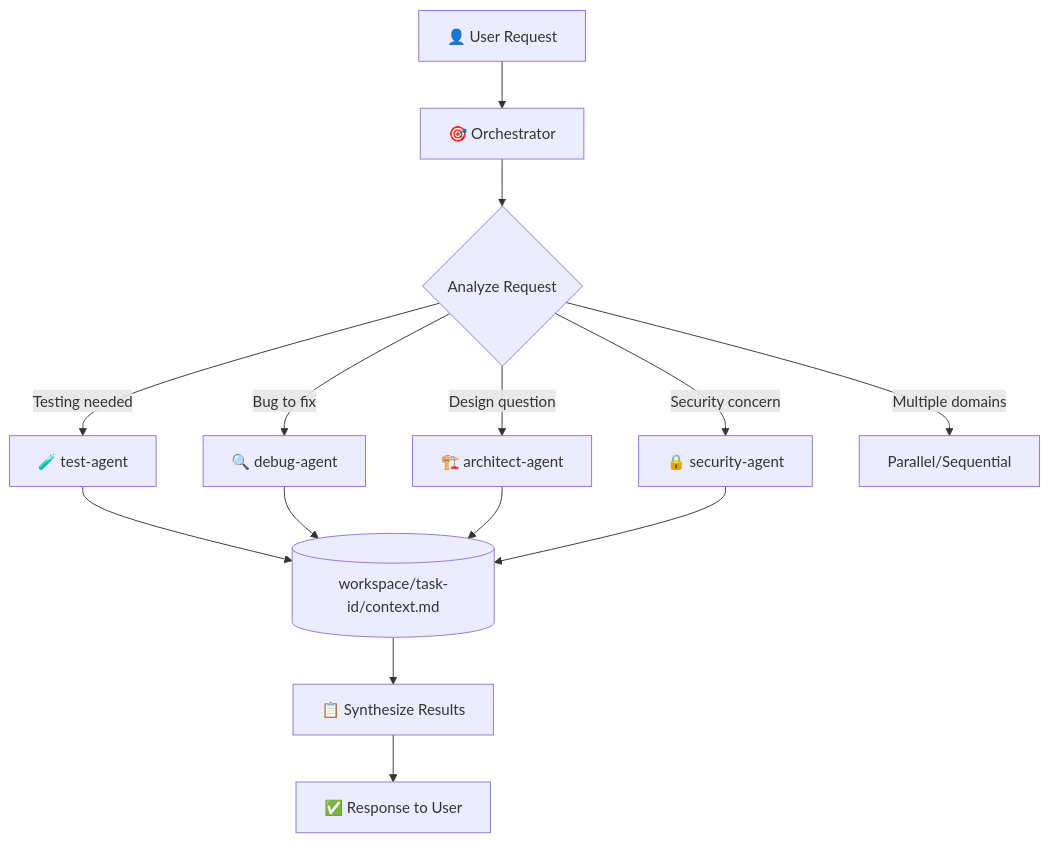
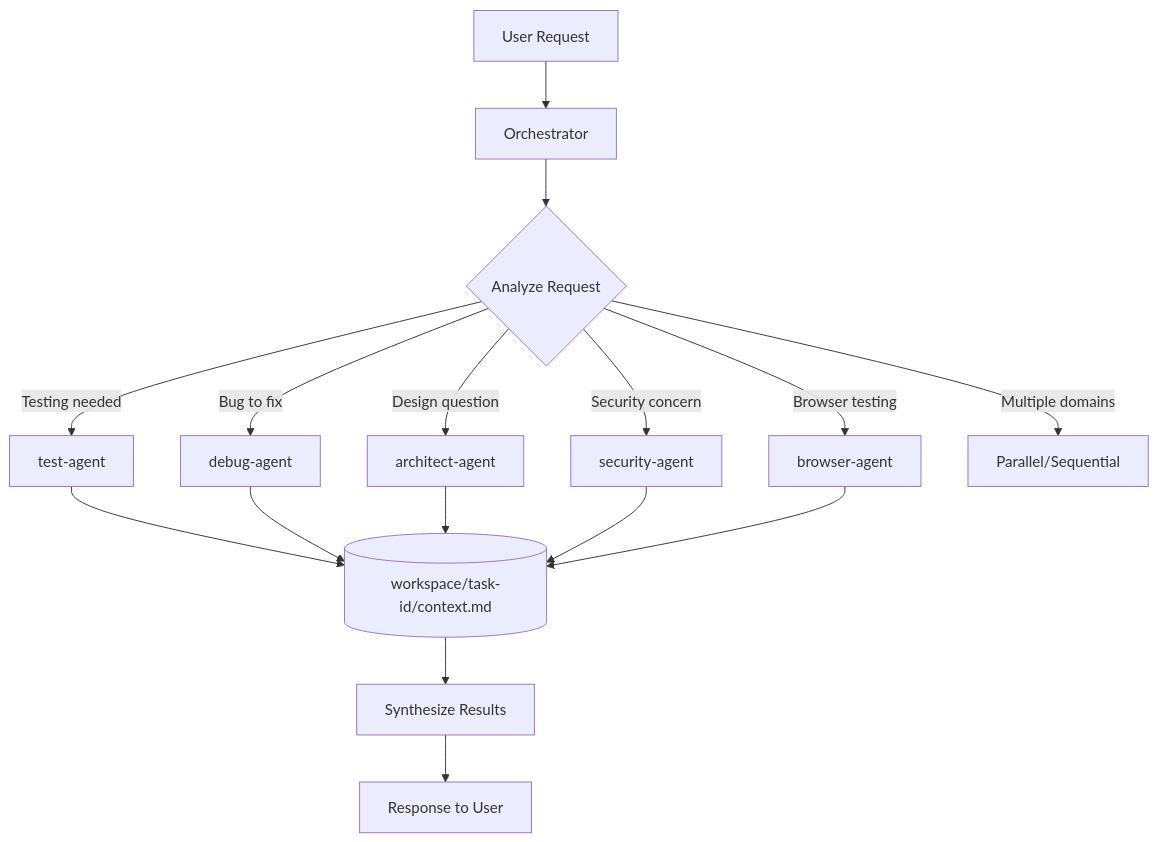
Before and after one commit to MikahNiehaus/ClaudeMemory: the first of 9 diagrams in README.md, drawn with Mermaid. The commit also changed other lines of this file and 1 other file, not shown here.

````diff
--- a/README.md
+++ b/README.md
@@ -7,19 +15,21 @@
 ```mermaid
 flowchart TB
-    User[👤 User Request] --> Orchestrator[🎯 Orchestrator]
+    User[User Request] --> Orchestrator[Orchestrator]
 
     Orchestrator --> Analyze{Analyze Request}
-    Analyze --> |"Testing needed"| TestAgent[🧪 test-agent]
-    Analyze --> |"Bug to fix"| DebugAgent[🔍 debug-agent]
-    Analyze --> |"Design question"| ArchAgent[🏗️ architect-agent]
-    Analyze --> |"Security concern"| SecAgent[🔒 security-agent]
+    Analyze --> |"Testing needed"| TestAgent[test-agent]
+    Analyze --> |"Bug to fix"| DebugAgent[debug-agent]
+    Analyze --> |"Design question"| ArchAgent[architect-agent]
+    Analyze --> |"Security concern"| SecAgent[security-agent]
+    Analyze --> |"Browser testing"| BrowserAgent[browser-agent]
     Analyze --> |"Multiple domains"| Parallel[Parallel/Sequential]
 
     TestAgent --> Context[(workspace/task-id/context.md)]
     DebugAgent --> Context
     ArchAgent --> Context
     SecAgent --> Context
+    BrowserAgent --> Context
 
-    Context --> Synthesize[📋 Synthesize Results]
-    Synthesize --> Response[✅ Response to User]
+    Context --> Synthesize[Synthesize Results]
+    Synthesize --> Response[Response to User]
 ```
````
